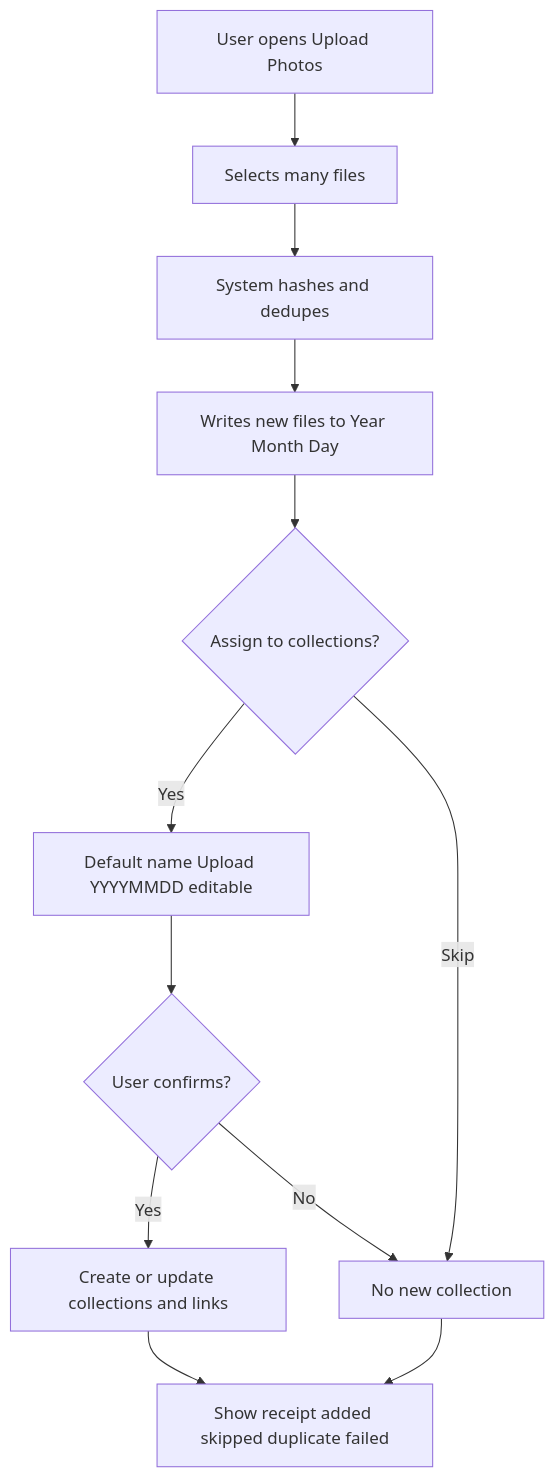
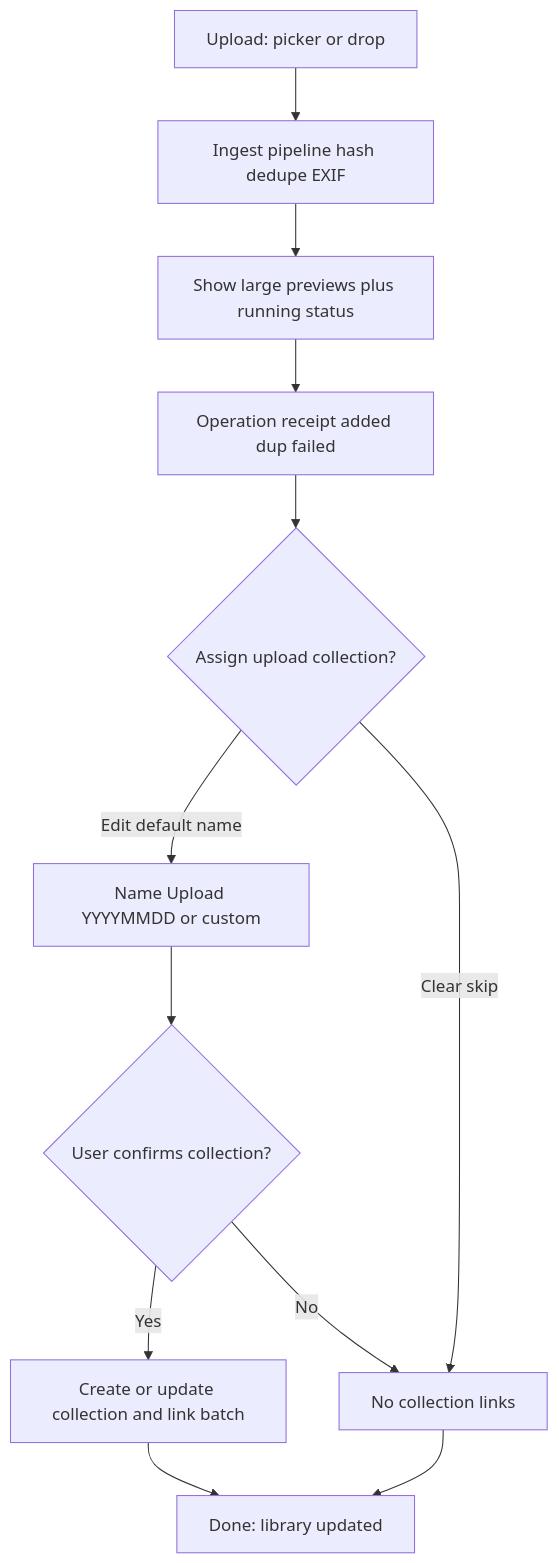
One commit to sergej-brazdeikis/photo-tool changed the first of 6 diagrams in _bmad-output/planning-artifacts/ux-design-specification.md. Above: the diagram before and after it, drawn with Mermaid. The commit also changed other lines of this file and 82 other files, not shown here.

````diff
--- a/_bmad-output/planning-artifacts/ux-design-specification.md
+++ b/_bmad-output/planning-artifacts/ux-design-specification.md
@@ -439,14 +489,14 @@
 ```mermaid
 flowchart TD
-  A[User opens Upload Photos] --> B[Selects many files]
-  B --> C[System hashes and dedupes]
-  C --> D[Writes new files to Year Month Day]
-  D --> E{Assign to collections?}
-  E -->|Yes| F[Default name Upload YYYYMMDD editable]
-  F --> G{User confirms?}
-  G -->|Yes| H[Create or update collections and links]
-  G -->|No| I[No new collection]
-  E -->|Skip| I
-  H --> J[Show receipt added skipped duplicate failed]
-  I --> J
+  A[Upload: picker or drop] --> B[Ingest pipeline hash dedupe EXIF]
+  B --> C[Show large previews plus running status]
+  C --> D[Operation receipt added dup failed]
+  D --> E{Assign upload collection?}
+  E -->|Edit default name| F[Name Upload YYYYMMDD or custom]
+  E -->|Clear skip| G[No collection links]
+  F --> H{User confirms collection?}
+  H -->|Yes| I[Create or update collection and link batch]
+  H -->|No| G
+  I --> J[Done: library updated]
+  G --> J
 ```
````
